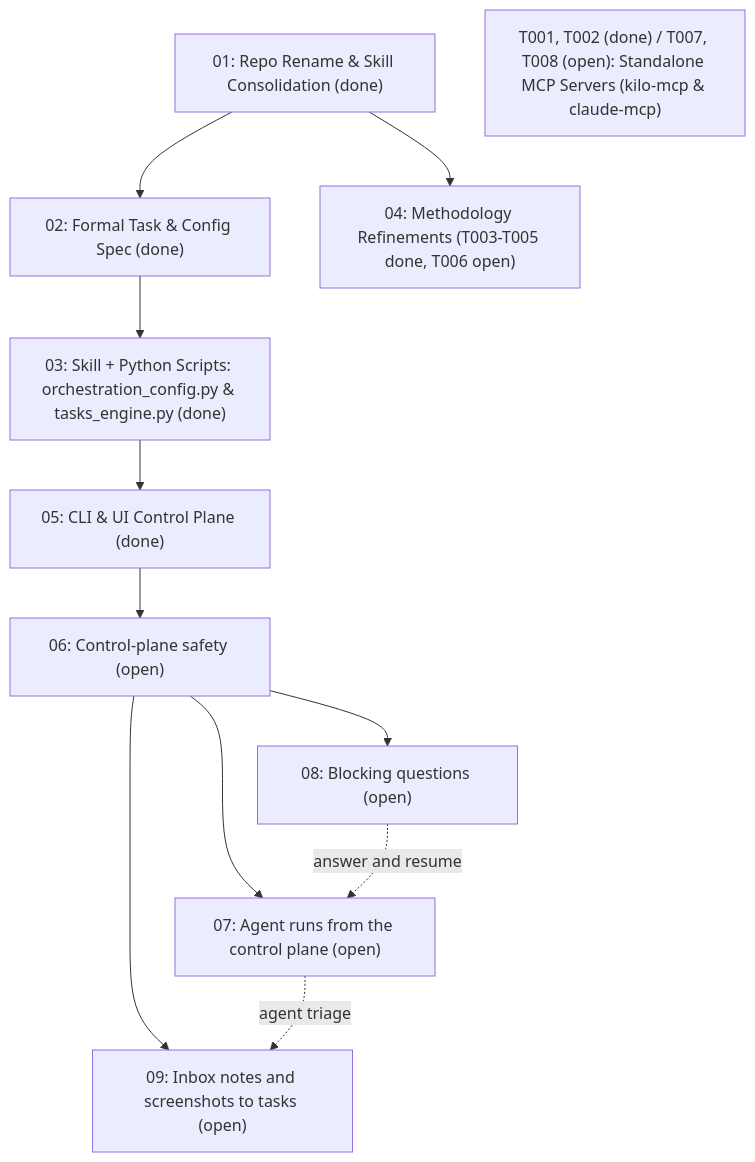
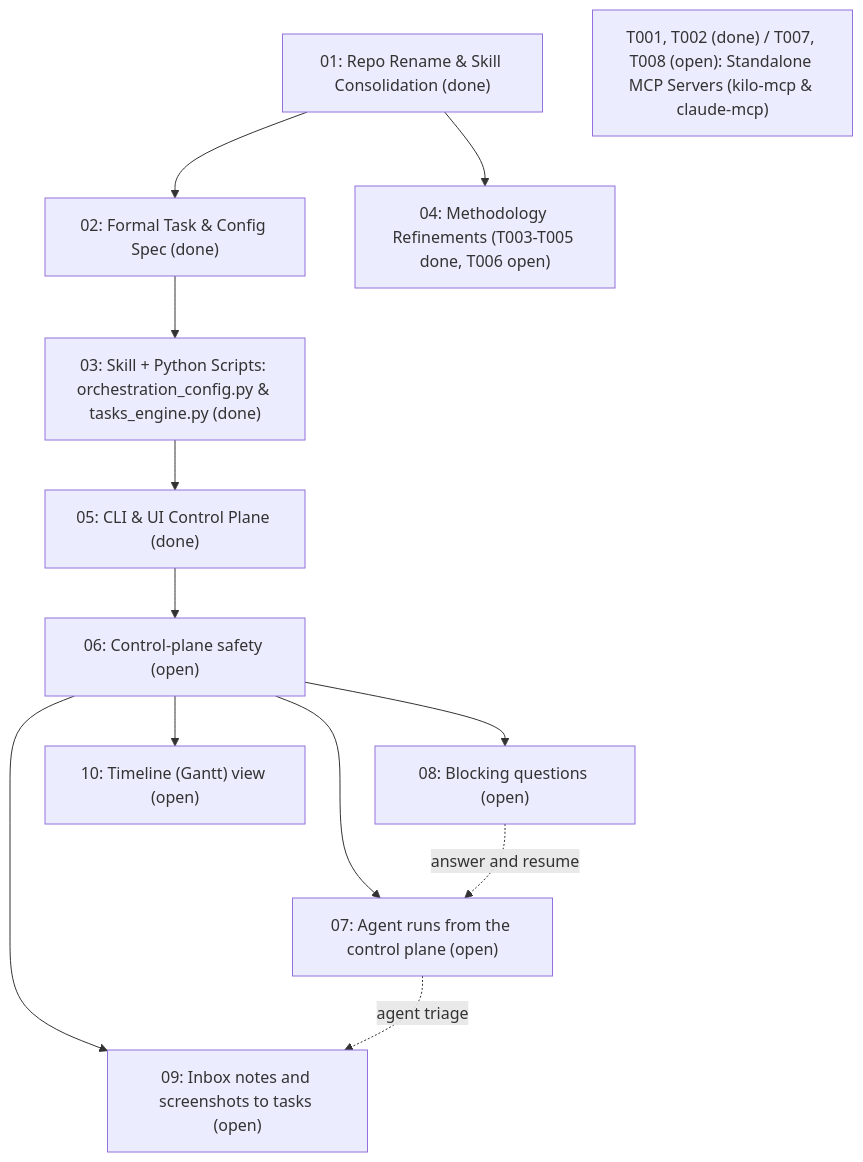
One commit to primax79/ai-orchestration changed the diagram in tasks/00-INDEX.md. Above: the diagram before and after it, drawn with Mermaid. The commit also changed other lines of this file and 3 other files, not shown here.

Commit message:
docs(tasks): initiative 10, timeline (Gantt) view with dependencies in the UI; hand-written gantt.md snapshot

````diff
--- a/tasks/00-INDEX.md
+++ b/tasks/00-INDEX.md
@@ -89,21 +91,23 @@
 ```mermaid
 flowchart TB
     I01["01: Repo Rename & Skill Consolidation (done)"]
     I02["02: Formal Task & Config Spec (done)"]
     I03["03: Skill + Python Scripts: orchestration_config.py & tasks_engine.py (done)"]
     I04["04: Methodology Refinements (T003-T005 done, T006 open)"]
     I05["05: CLI & UI Control Plane (done)"]
     I06["06: Control-plane safety (open)"]
     I07["07: Agent runs from the control plane (open)"]
     I08["08: Blocking questions (open)"]
     I09["09: Inbox notes and screenshots to tasks (open)"]
+    I10["10: Timeline (Gantt) view (open)"]
     MCP["T001, T002 (done) / T007, T008 (open): Standalone MCP Servers (kilo-mcp & claude-mcp)"]
 
     I01 --> I02 --> I03 --> I05 --> I06
     I06 --> I07
     I06 --> I08
     I06 --> I09
+    I06 --> I10
     I07 -.->|agent triage| I09
     I08 -.->|answer and resume| I07
     I01 --> I04
 ```
````
